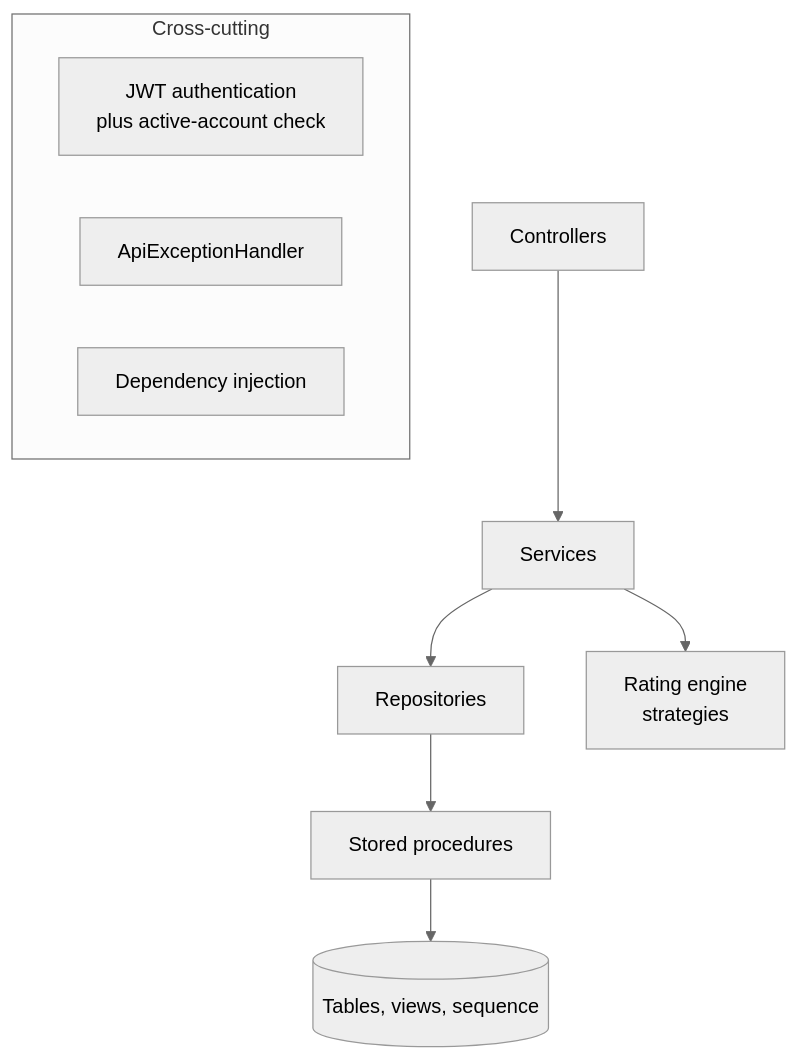
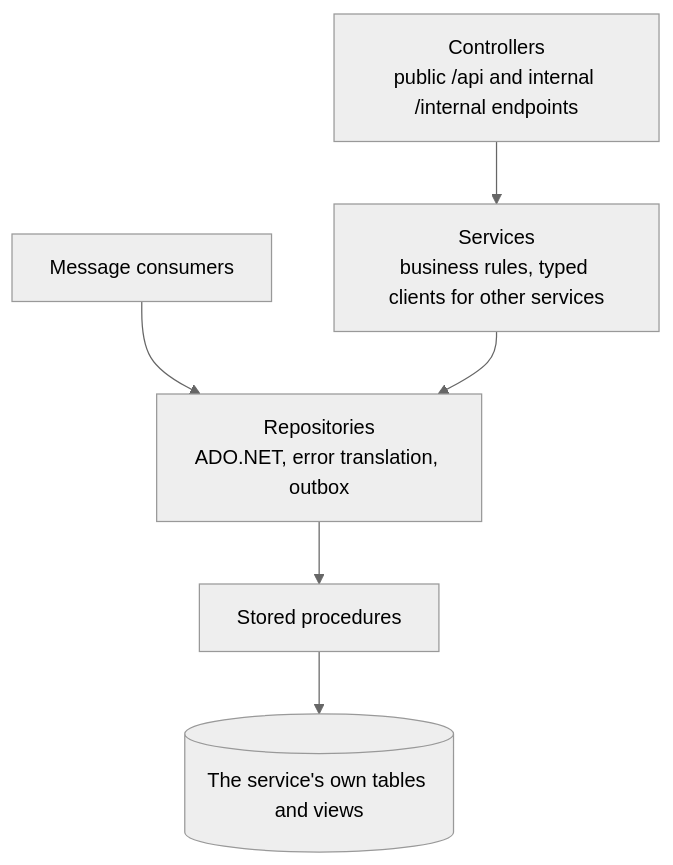
One commit to organizedanvrchy/Insurance-Full-Stack-App changed the third of 11 diagrams in docs/ARCHITECTURE.md. Above: the diagram before and after it, drawn with Mermaid (neutral theme). The commit also changed other lines of this file and 253 other files, not shown here.

````diff
--- a/docs/ARCHITECTURE.md
+++ b/docs/ARCHITECTURE.md
@@ -99,13 +121,8 @@
 ```mermaid
 flowchart TD
-    subgraph Cross["Cross-cutting"]
-        AUTH["JWT authentication<br/>plus active-account check"]
-        EXH["ApiExceptionHandler"]
-        DI["Dependency injection"]
-    end
-    C["Controllers"] --> S["Services"]
-    S --> R["Repositories"]
+    C["Controllers<br/>public /api and internal /internal endpoints"] --> S["Services<br/>business rules, typed clients for other services"]
+    MC["Message consumers"] --> R
+    S --> R["Repositories<br/>ADO.NET, error translation, outbox"]
     R --> P["Stored procedures"]
-    P --> T[("Tables, views, sequence")]
-    S --> RE["Rating engine<br/>strategies"]
+    P --> T[("The service's own tables and views")]
 ```
````
